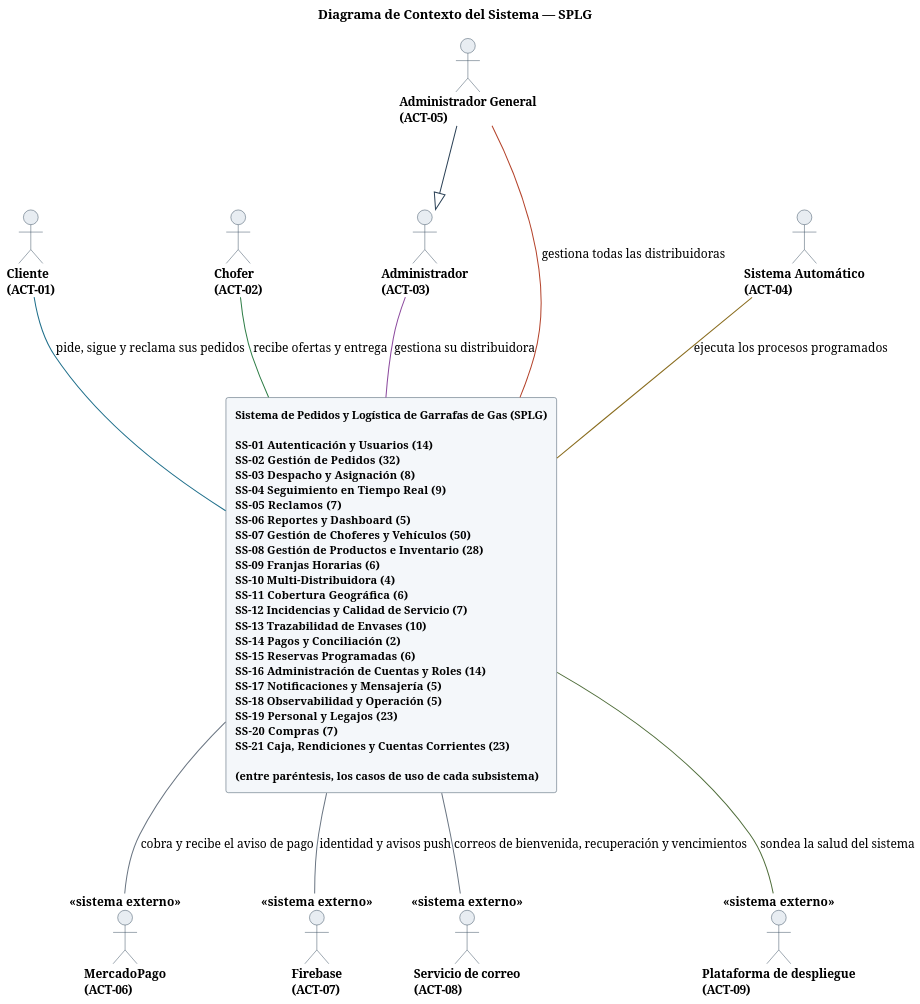
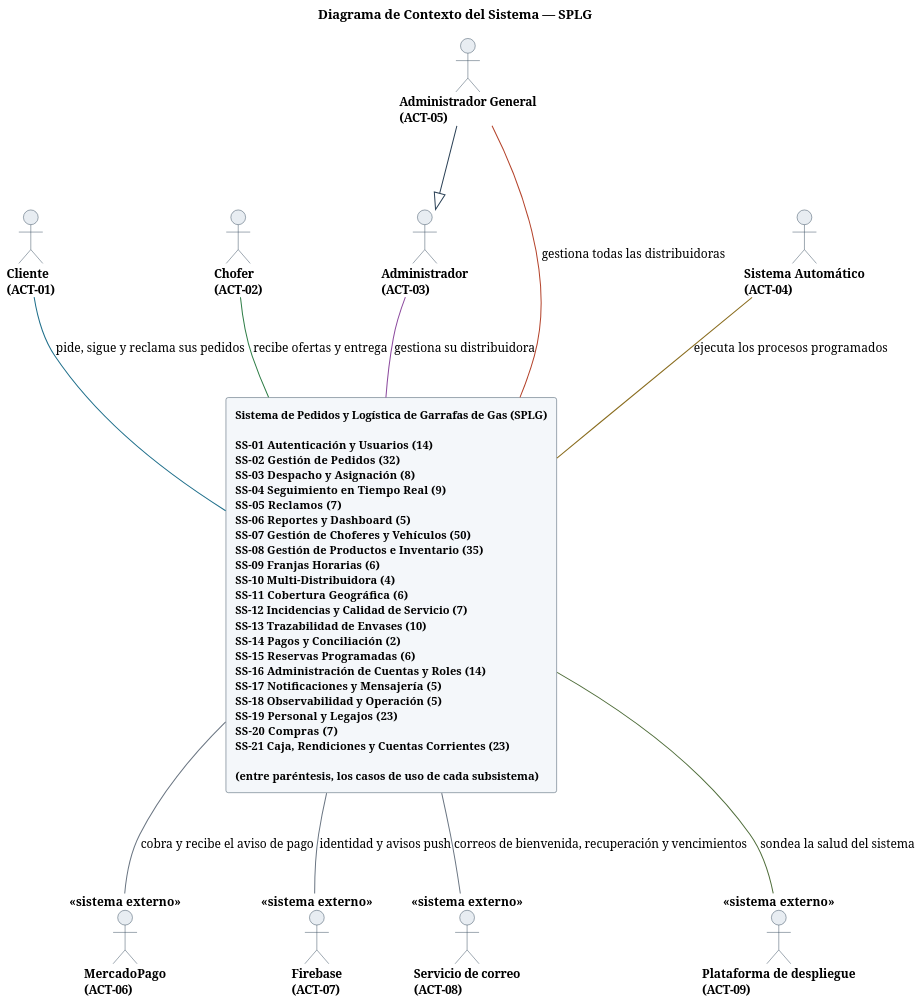
One commit to Nahuelito-Dev/splg-docs changed the diagram in diagramas/uml/CU_Sistema_Diagrama-De-Contexto.puml. Above: the diagram before and after it, drawn with PlantUML. The commit also changed 298 other files, not shown here.

```diff
--- a/diagramas/uml/CU_Sistema_Diagrama-De-Contexto.puml
+++ b/diagramas/uml/CU_Sistema_Diagrama-De-Contexto.puml
@@ -1,59 +1,59 @@
 @startuml
 title Diagrama de Contexto del Sistema — SPLG
 skinparam backgroundColor #FFFFFF
 skinparam shadowing false
 skinparam defaultFontName Helvetica
 skinparam defaultFontSize 13
 skinparam dpi 150
 skinparam ArrowColor #2C4257
 skinparam ArrowThickness 1.1
 skinparam actor {
   BorderColor #2C4257
   BackgroundColor #E8EDF2
   FontSize 13
   FontStyle bold
 }
 skinparam usecase {
   BorderColor #2C4257
   BackgroundColor #FFFFFF
   FontSize 12
 }
 skinparam rectangle {
   BorderColor #6B7683
   FontSize 14
   FontStyle bold
 }
 
 skinparam nodesep 14
 skinparam ranksep 90
 skinparam rectangle {
   BorderColor #2C4257
   FontSize 12
 }
 
 actor "Cliente\n(ACT-01)" as A01
 actor "Chofer\n(ACT-02)" as A02
 actor "Administrador\n(ACT-03)" as A03
 actor "Administrador General\n(ACT-05)" as A05
 actor "Sistema Automático\n(ACT-04)" as A04
 actor "MercadoPago\n(ACT-06)" as A06 <<sistema externo>>
 actor "Firebase\n(ACT-07)" as A07 <<sistema externo>>
 actor "Servicio de correo\n(ACT-08)" as A08 <<sistema externo>>
 actor "Plataforma de despliegue\n(ACT-09)" as A09 <<sistema externo>>
 
-rectangle "**Sistema de Pedidos y Logística de Garrafas de Gas (SPLG)**\n\nSS-01  Autenticación y Usuarios  (14)\nSS-02  Gestión de Pedidos  (32)\nSS-03  Despacho y Asignación  (8)\nSS-04  Seguimiento en Tiempo Real  (9)\nSS-05  Reclamos  (7)\nSS-06  Reportes y Dashboard  (5)\nSS-07  Gestión de Choferes y Vehículos  (50)\nSS-08  Gestión de Productos e Inventario  (28)\nSS-09  Franjas Horarias  (6)\nSS-10  Multi-Distribuidora  (4)\nSS-11  Cobertura Geográfica  (6)\nSS-12  Incidencias y Calidad de Servicio  (7)\nSS-13  Trazabilidad de Envases  (10)\nSS-14  Pagos y Conciliación  (2)\nSS-15  Reservas Programadas  (6)\nSS-16  Administración de Cuentas y Roles  (14)\nSS-17  Notificaciones y Mensajería  (5)\nSS-18  Observabilidad y Operación  (5)\nSS-19  Personal y Legajos  (23)\nSS-20  Compras  (7)\nSS-21  Caja, Rendiciones y Cuentas Corrientes  (23)\n\n(entre paréntesis, los casos de uso de cada subsistema)" as LIMITE #back:F4F7FA;line:2C4257
+rectangle "**Sistema de Pedidos y Logística de Garrafas de Gas (SPLG)**\n\nSS-01  Autenticación y Usuarios  (14)\nSS-02  Gestión de Pedidos  (32)\nSS-03  Despacho y Asignación  (8)\nSS-04  Seguimiento en Tiempo Real  (9)\nSS-05  Reclamos  (7)\nSS-06  Reportes y Dashboard  (5)\nSS-07  Gestión de Choferes y Vehículos  (50)\nSS-08  Gestión de Productos e Inventario  (35)\nSS-09  Franjas Horarias  (6)\nSS-10  Multi-Distribuidora  (4)\nSS-11  Cobertura Geográfica  (6)\nSS-12  Incidencias y Calidad de Servicio  (7)\nSS-13  Trazabilidad de Envases  (10)\nSS-14  Pagos y Conciliación  (2)\nSS-15  Reservas Programadas  (6)\nSS-16  Administración de Cuentas y Roles  (14)\nSS-17  Notificaciones y Mensajería  (5)\nSS-18  Observabilidad y Operación  (5)\nSS-19  Personal y Legajos  (23)\nSS-20  Compras  (7)\nSS-21  Caja, Rendiciones y Cuentas Corrientes  (23)\n\n(entre paréntesis, los casos de uso de cada subsistema)" as LIMITE #back:F4F7FA;line:2C4257
 
 A01 -[#1F6F8B]down- LIMITE : pide, sigue y reclama sus pedidos
 A02 -[#2E7D46]down- LIMITE : recibe ofertas y entrega
 A03 -[#8C4A9E]down- LIMITE : gestiona su distribuidora
 A05 -[#B4432B]down- LIMITE : gestiona todas las distribuidoras
 A04 -[#8A6D1F]down- LIMITE : ejecuta los procesos programados
 
 LIMITE -[#6B7683]down- A06 : cobra y recibe el aviso de pago
 LIMITE -[#6B7683]down- A07 : identidad y avisos push
 LIMITE -[#6B7683]down- A08 : correos de bienvenida, recuperación y vencimientos
 LIMITE -[#4F6D3A]down- A09 : sondea la salud del sistema
 
 A05 -down-|> A03
 
 @enduml
```
